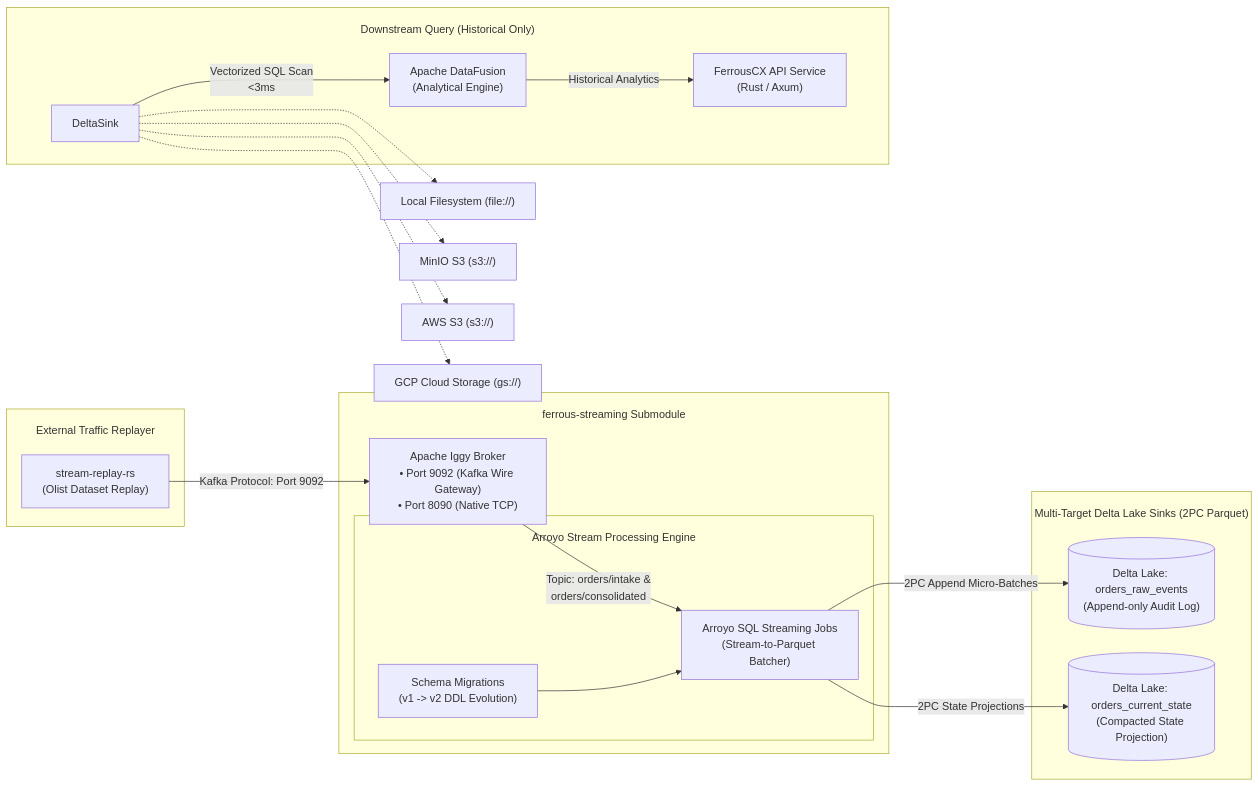
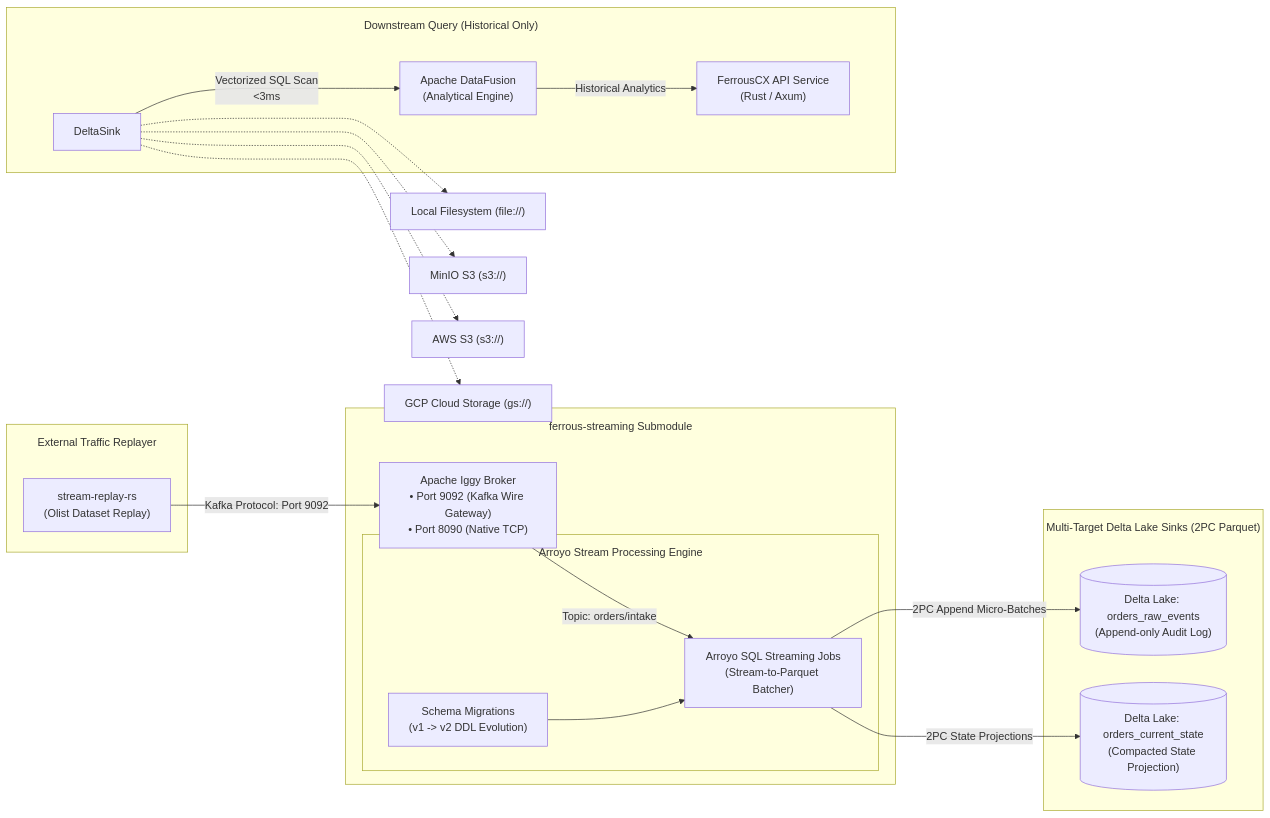
One commit to reidlai/ferrous-streaming changed the diagram in README.md. Above: the diagram before and after it, drawn with Mermaid. The commit also changed 3 other files, not shown here.

Commit message:
fix(diagram & runtime): eliminate mermaid subgraph overlaps and configure iggy runtime

````diff
--- a/README.md
+++ b/README.md
@@ -19,43 +19,43 @@
 ```mermaid
 %%{init: {
   'flowchart': {
-    'subGraphTitleMargin': { 'top': 20, 'bottom': 20 },
-    'nodeSpacing': 35,
-    'rankSpacing': 45
+    'subGraphTitleMargin': { 'top': 15, 'bottom': 35 },
+    'nodeSpacing': 40,
+    'rankSpacing': 50
   }
 }}%%
 flowchart LR
-    subgraph Ingestion_Source ["External Traffic Replayer<br/>&nbsp;"]
+    subgraph Ingestion_Source ["External Traffic Replayer"]
         Replayer["stream-replay-rs<br/>(Olist Dataset Replay)"]
     end
 
-    subgraph Streaming_Submodule ["ferrous-streaming Submodule<br/>&nbsp;"]
+    subgraph Streaming_Submodule ["ferrous-streaming Submodule"]
         Iggy["Apache Iggy Broker<br/>• Port 9092 (Kafka Wire Gateway)<br/>• Port 8090 (Native TCP)"]
         
-        subgraph Arroyo_Engine ["Arroyo Stream Processing Engine<br/>&nbsp;"]
+        subgraph Arroyo_Engine ["Arroyo Stream Processing Engine"]
             Migrations["Schema Migrations<br/>(v1 -> v2 DDL Evolution)"]
             SQLPipeline["Arroyo SQL Streaming Jobs<br/>(Stream-to-Parquet Batcher)"]
         end
     end
 
-    subgraph Storage ["Multi-Target Delta Lake Sinks (2PC Parquet)<br/>&nbsp;"]
+    subgraph Storage ["Multi-Target Delta Lake Sinks (2PC Parquet)"]
         DeltaRaw[("Delta Lake: orders_raw_events<br/>(Append-only Audit Log)")]
         DeltaState[("Delta Lake: orders_current_state<br/>(Compacted State Projection)")]
     end
 
     Replayer -->|Kafka Protocol: Port 9092| Iggy
-    Iggy -->|Topic: orders/intake &<br/>orders/consolidated| SQLPipeline
+    Iggy -->|Topic: orders/intake| SQLPipeline
     Migrations --> SQLPipeline
     SQLPipeline -->|2PC Append Micro-Batches| DeltaRaw
     SQLPipeline -->|2PC State Projections| DeltaState
 
     DeltaSink -.-> Local["Local Filesystem (file://)"]
     DeltaSink -.-> MinIO["MinIO S3 (s3://)"]
     DeltaSink -.-> AWSS3["AWS S3 (s3://)"]
     DeltaSink -.-> GCS["GCP Cloud Storage (gs://)"]
 
-    subgraph Downstream_Consumption ["Downstream Query (Historical Only)<br/>&nbsp;"]
+    subgraph Downstream_Consumption ["Downstream Query (Historical Only)"]
         DeltaSink -->|Vectorized SQL Scan<br/>&lt;3ms| DataFusion["Apache DataFusion<br/>(Analytical Engine)"]
         DataFusion -->|Historical Analytics| ApiService["FerrousCX API Service<br/>(Rust / Axum)"]
     end
 ```
````
